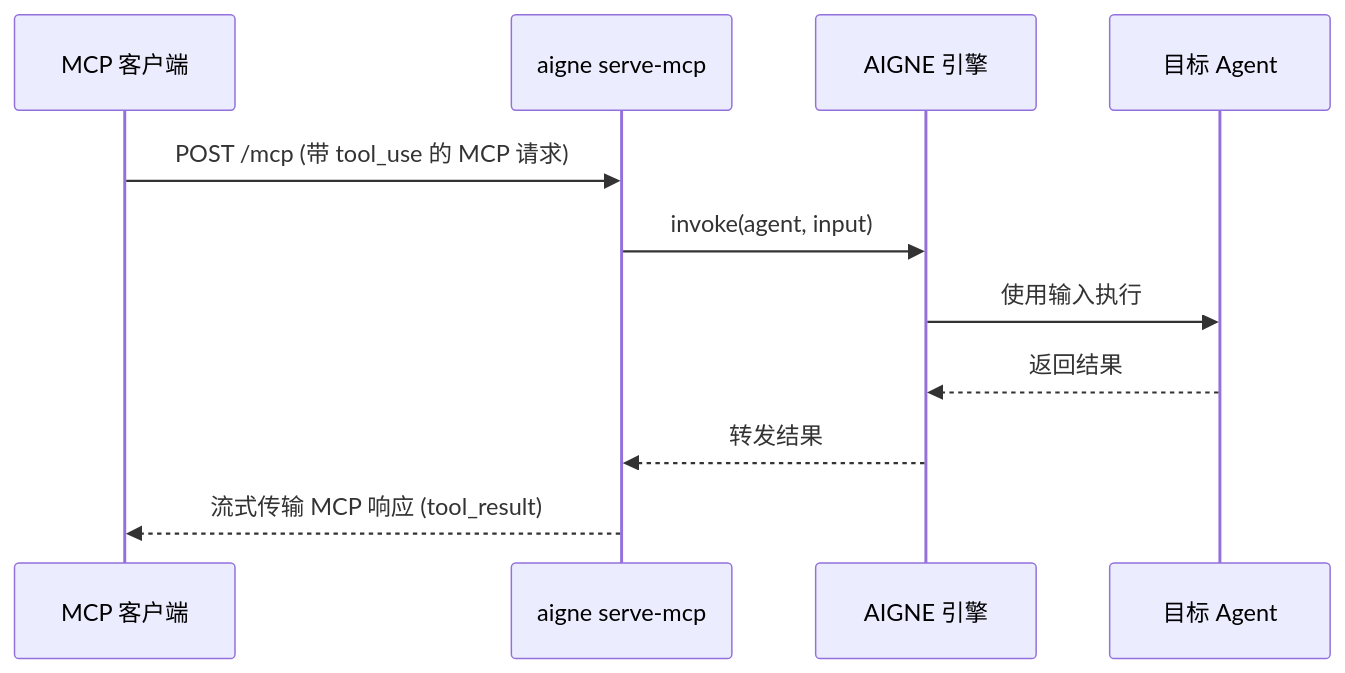
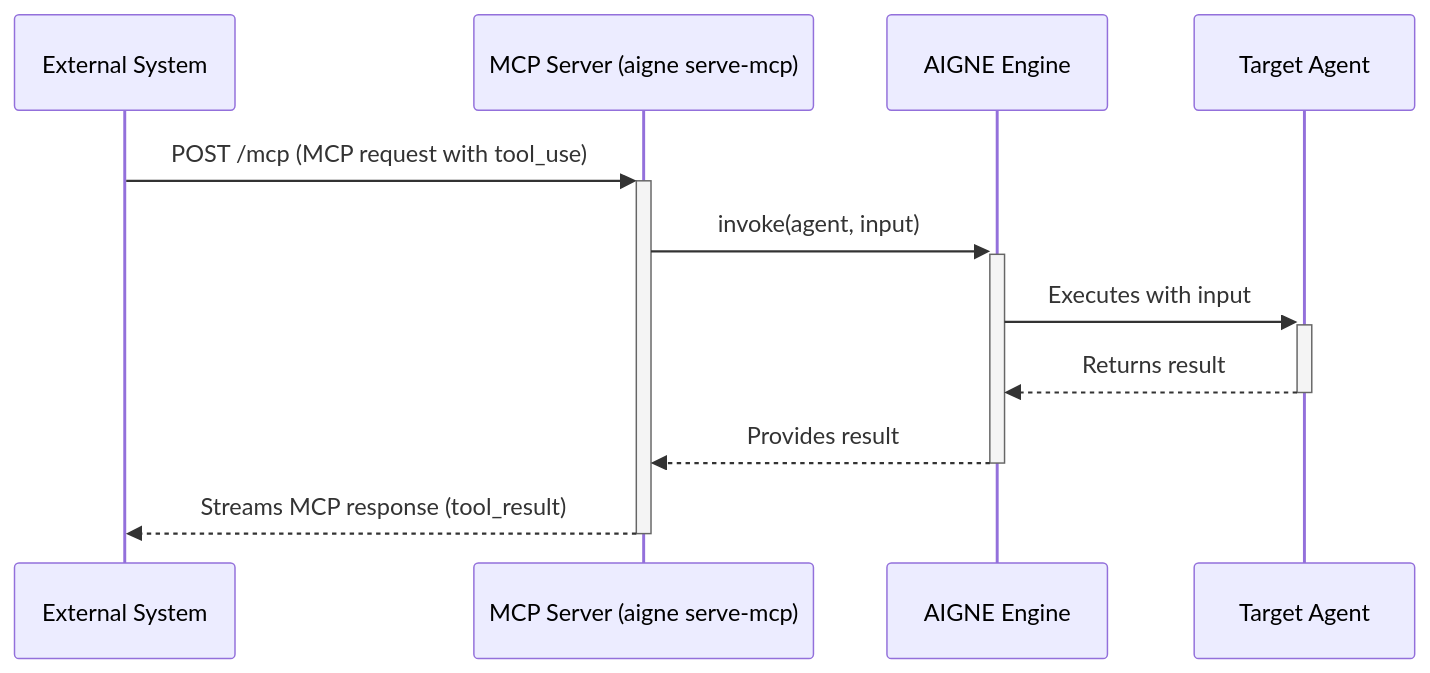
One commit to AIGNE-io/aigne-framework changed the diagram in packages/cli/docs/command-reference-serve-mcp.zh.md. Above: the diagram before and after it, drawn with Mermaid. The commit also changed other lines of this file and 24 other files, not shown here.

````diff
--- a/packages/cli/docs/command-reference-serve-mcp.zh.md
+++ b/packages/cli/docs/command-reference-serve-mcp.zh.md
@@ -28,14 +23,14 @@
 ```mermaid
 sequenceDiagram
-    participant Client as MCP 客户端
-    participant Server as aigne serve-mcp
-    participant AIGNE as AIGNE 引擎
-    participant Agent as 目标 Agent
+    participant Client as External System
+    participant Server as MCP Server (aigne serve-mcp)
+    participant AIGNE as AIGNE Engine
+    participant Agent as Target Agent
 
-    Client->>Server: POST /mcp (带 tool_use 的 MCP 请求)
-    Server->>AIGNE: invoke(agent, input)
-    AIGNE->>Agent: 使用输入执行
-    Agent-->>AIGNE: 返回结果
-    AIGNE-->>Server: 转发结果
-    Server-->>Client: 流式传输 MCP 响应 (tool_result)
+    Client->>+Server: POST /mcp (MCP request with tool_use)
+    Server->>+AIGNE: invoke(agent, input)
+    AIGNE->>+Agent: Executes with input
+    Agent-->>-AIGNE: Returns result
+    AIGNE-->>-Server: Provides result
+    Server-->>-Client: Streams MCP response (tool_result)
 ```
````
